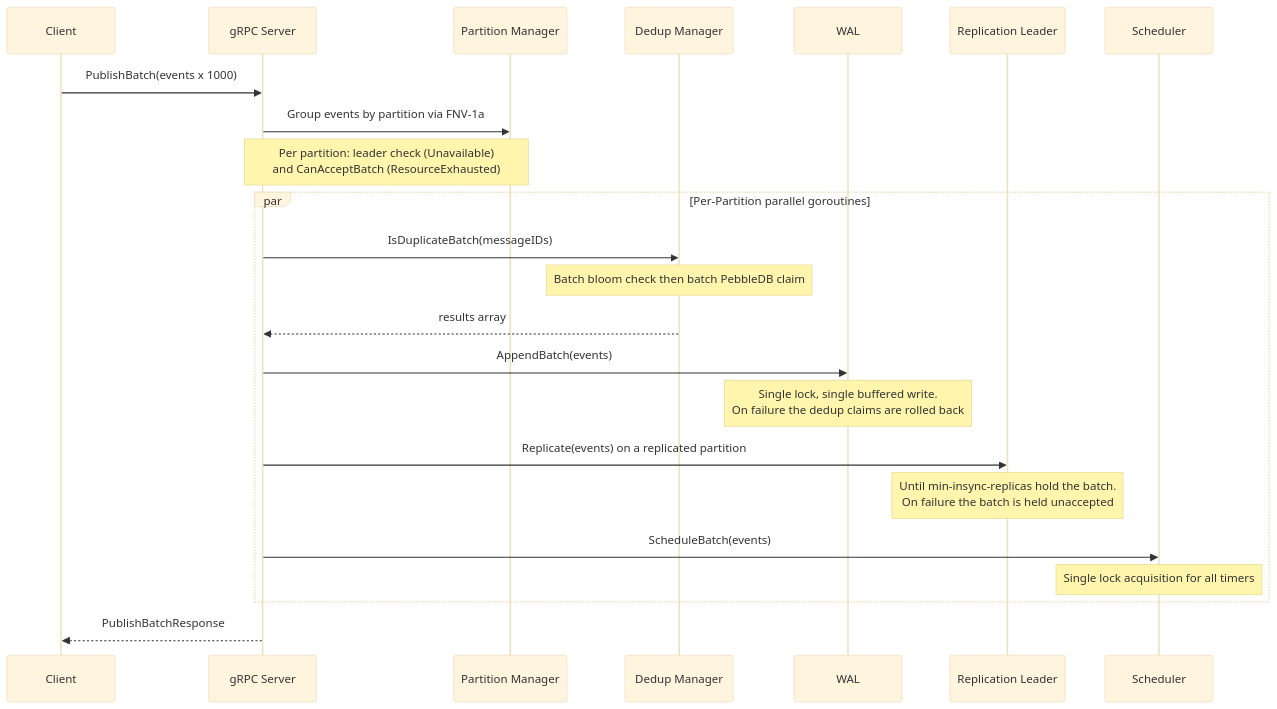
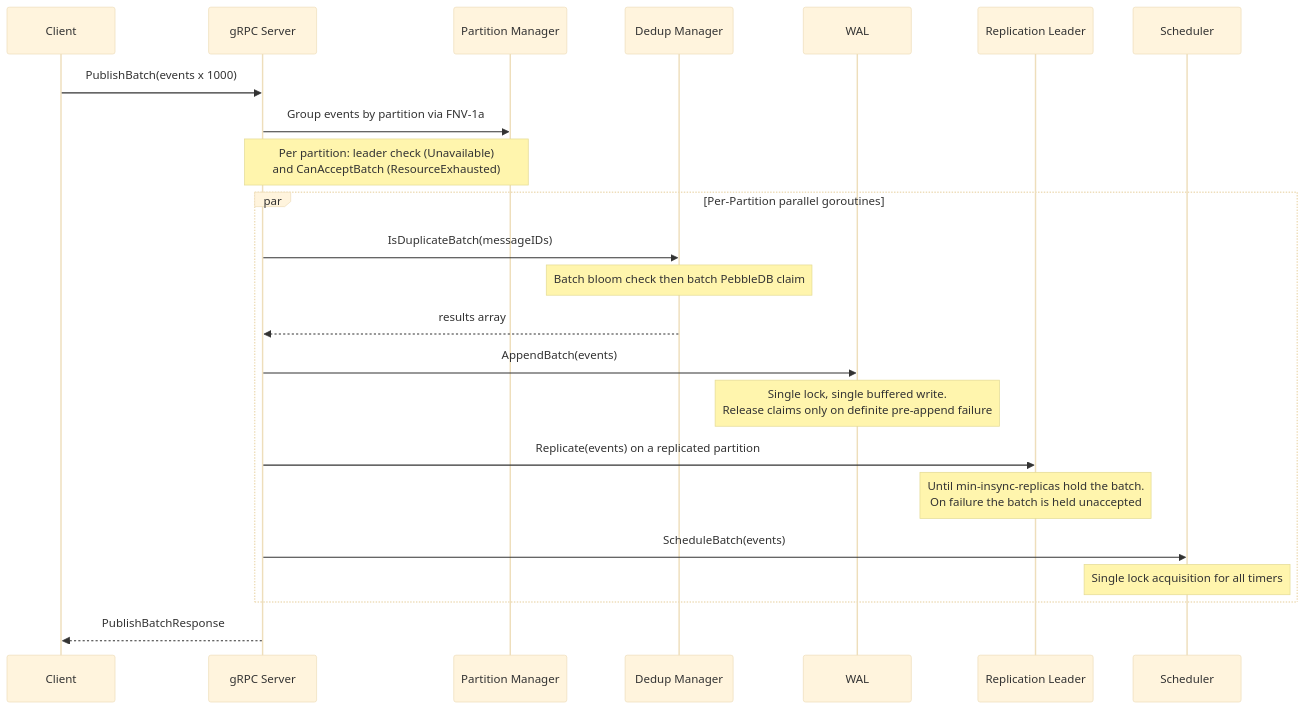
The fifth of 47 diagrams in ARCHITECTURE.md (jatin711-debug/cronos_db_golang), drawn with Mermaid (base theme) before and after one commit. The commit also changed other lines of this file and 39 other files, not shown here.

````diff
--- a/ARCHITECTURE.md
+++ b/ARCHITECTURE.md
@@ -246,31 +253,31 @@
 ```mermaid
 sequenceDiagram
     participant Client
     participant gRPC as gRPC Server
     participant PM as Partition Manager
     participant DD as Dedup Manager
     participant WAL as WAL
     participant REPL as Replication Leader
     participant SCH as Scheduler
 
     Client->>gRPC: PublishBatch(events x 1000)
     gRPC->>PM: Group events by partition via FNV-1a
     Note over gRPC,PM: Per partition: leader check (Unavailable)<br/>and CanAcceptBatch (ResourceExhausted)
 
     par Per-Partition parallel goroutines
         gRPC->>DD: IsDuplicateBatch(messageIDs)
         Note over DD: Batch bloom check then batch PebbleDB claim
         DD-->>gRPC: results array
 
         gRPC->>WAL: AppendBatch(events)
-        Note over WAL: Single lock, single buffered write.<br/>On failure the dedup claims are rolled back
+        Note over WAL: Single lock, single buffered write.<br/>Release claims only on definite pre-append failure
 
         gRPC->>REPL: Replicate(events) on a replicated partition
         Note over REPL: Until min-insync-replicas hold the batch.<br/>On failure the batch is held unaccepted
 
         gRPC->>SCH: ScheduleBatch(events)
         Note over SCH: Single lock acquisition for all timers
     end
 
     gRPC-->>Client: PublishBatchResponse
 ```
````
